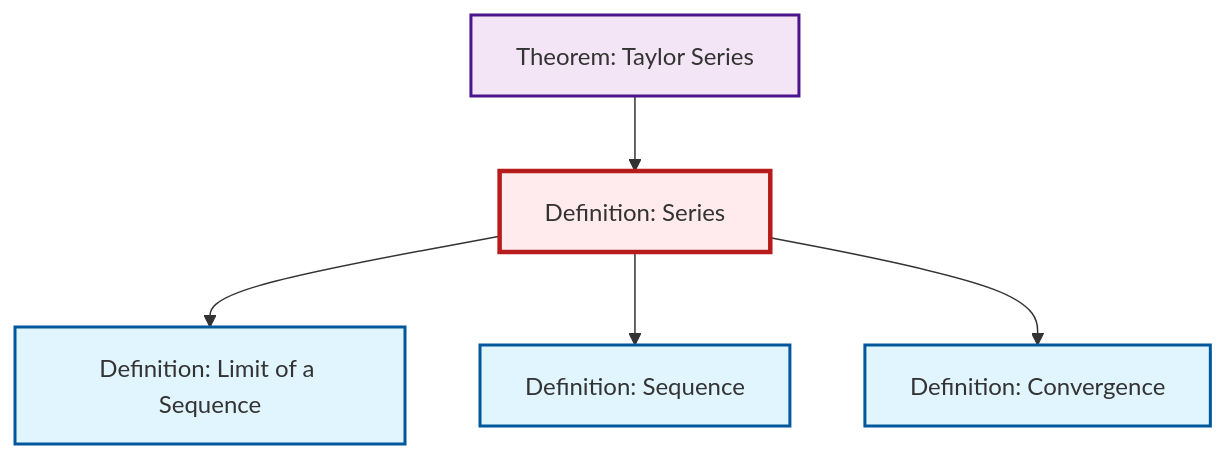
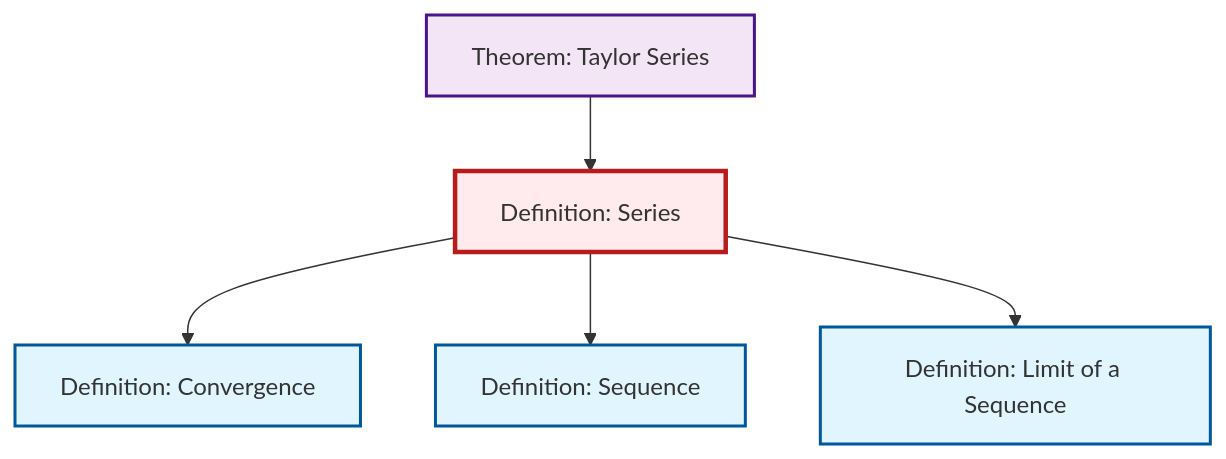
One commit to RK0429/ModernMath changed the diagram in content/en/analysis/def-series.qmd. Above: the diagram before and after it, drawn with Mermaid. The commit also changed other lines of this file and 328 other files, not shown here.

````diff
--- a/content/en/analysis/def-series.qmd
+++ b/content/en/analysis/def-series.qmd
@@ -90,23 +90,23 @@
 ```{mermaid}
 %%| fig-cap: "Local dependency graph"
 graph TD
     classDef definition fill:#e1f5fe,stroke:#01579b,stroke-width:2px
     classDef theorem fill:#f3e5f5,stroke:#4a148c,stroke-width:2px
     classDef axiom fill:#fff3e0,stroke:#e65100,stroke-width:2px
     classDef example fill:#e8f5e9,stroke:#1b5e20,stroke-width:2px
     classDef current fill:#ffebee,stroke:#b71c1c,stroke-width:3px
     def-limit["Definition: Limit of a Sequence"]:::definition
+    def-sequence["Definition: Sequence"]:::definition
     def-convergence["Definition: Convergence"]:::definition
     def-series["Definition: Series"]:::definition
-    def-sequence["Definition: Sequence"]:::definition
     thm-taylor-series["Theorem: Taylor Series"]:::theorem
+    def-series --> def-convergence
+    thm-taylor-series --> def-series
+    def-series --> def-sequence
     def-series --> def-limit
-    def-series --> def-sequence
-    thm-taylor-series --> def-series
-    def-series --> def-convergence
     class def-series current
     click def-limit "def-limit.html" "Go to Limit of a Sequence definition"
+    click def-sequence "def-sequence.html" "Go to Sequence definition"
     click def-convergence "def-convergence.html" "Go to Convergence definition"
-    click def-sequence "def-sequence.html" "Go to Sequence definition"
     click thm-taylor-series "thm-taylor-series.html" "Go to Taylor Series theorem"
 ```
````
